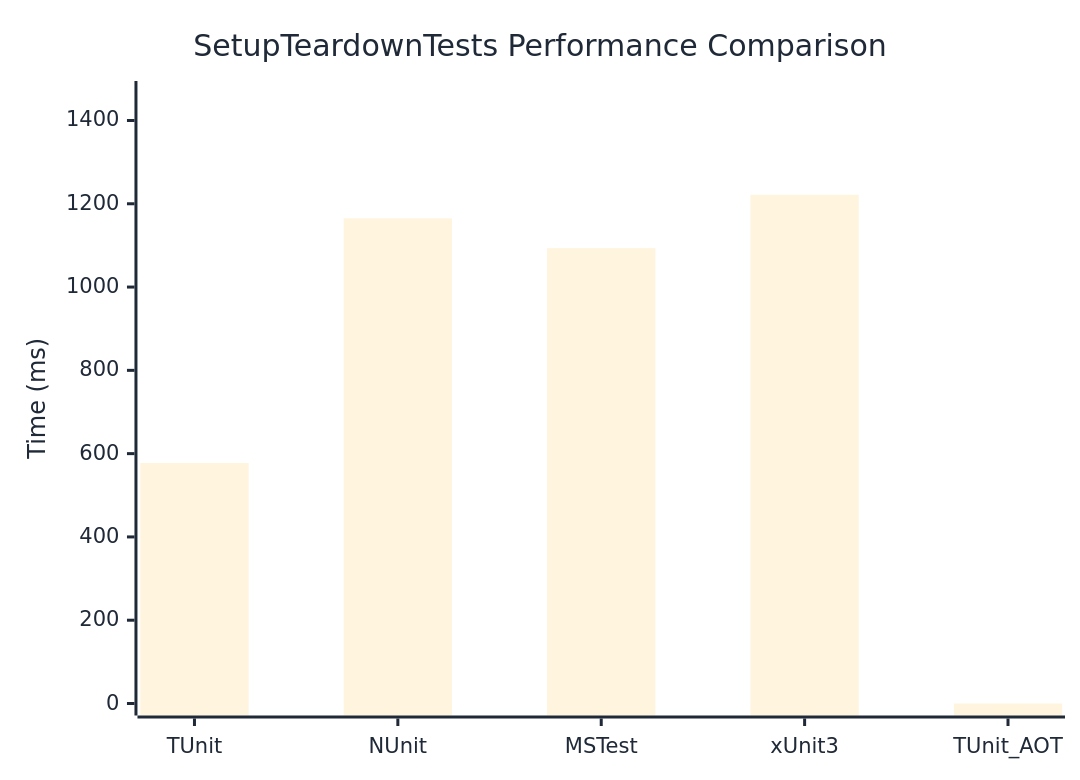
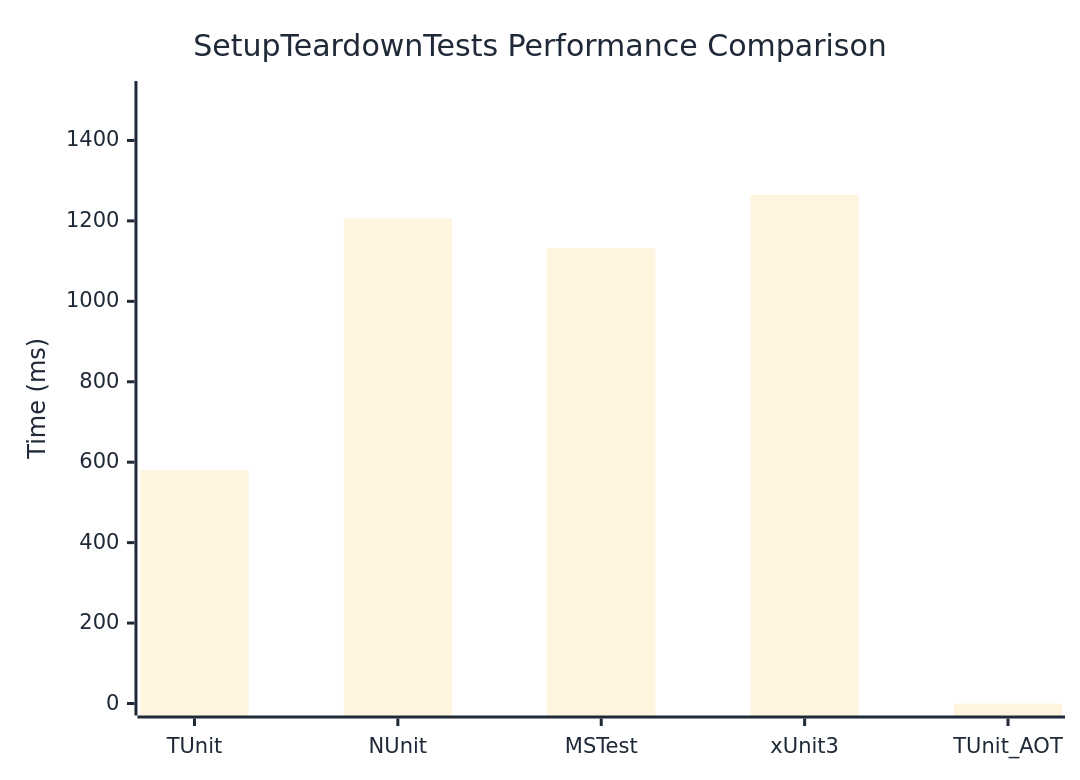
The diagram in docs/docs/benchmarks/SetupTeardownTests.md (thomhurst/TUnit), drawn with Mermaid before and after one commit. The commit also changed other lines of this file and 17 other files, not shown here.

````diff
--- a/docs/docs/benchmarks/SetupTeardownTests.md
+++ b/docs/docs/benchmarks/SetupTeardownTests.md
@@ -27,37 +27,37 @@
 ```mermaid
 %%{init: {
   'theme':'base',
   'themeVariables': {
     'primaryColor': '#2563eb',
     'primaryTextColor': '#1f2937',
     'primaryBorderColor': '#1e40af',
     'lineColor': '#6b7280',
     'secondaryColor': '#7c3aed',
     'tertiaryColor': '#dc2626',
     'background': '#ffffff',
     'mainBkg': '#2563eb',
     'secondBkg': '#7c3aed',
     'tertiaryBkg': '#dc2626',
     'clusterBkg': '#f3f4f6',
     'edgeLabelBackground': '#ffffff',
     'tertiaryTextColor': '#1f2937',
     'pie1': '#2563eb',
     'pie2': '#7c3aed',
     'pie3': '#dc2626',
     'pie4': '#f59e0b',
     'pie5': '#10b981',
     'pie6': '#06b6d4',
     'pie7': '#ec4899',
     'pie8': '#6366f1',
     'pie9': '#84cc16',
     'pie10': '#f97316',
     'pie11': '#14b8a6',
     'pie12': '#a855f7'
   }
 }}%%
 xychart-beta
   title "SetupTeardownTests Performance Comparison"
   x-axis ["TUnit", "NUnit", "MSTest", "xUnit3", "TUnit_AOT"]
-  y-axis "Time (ms)" 0 --> 1466
-  bar [577.7, 1165.1, 1093.4, 1221.6, 0]
+  y-axis "Time (ms)" 0 --> 1518
+  bar [579.6, 1206, 1132, 1264.7, 0]
 ```
````
